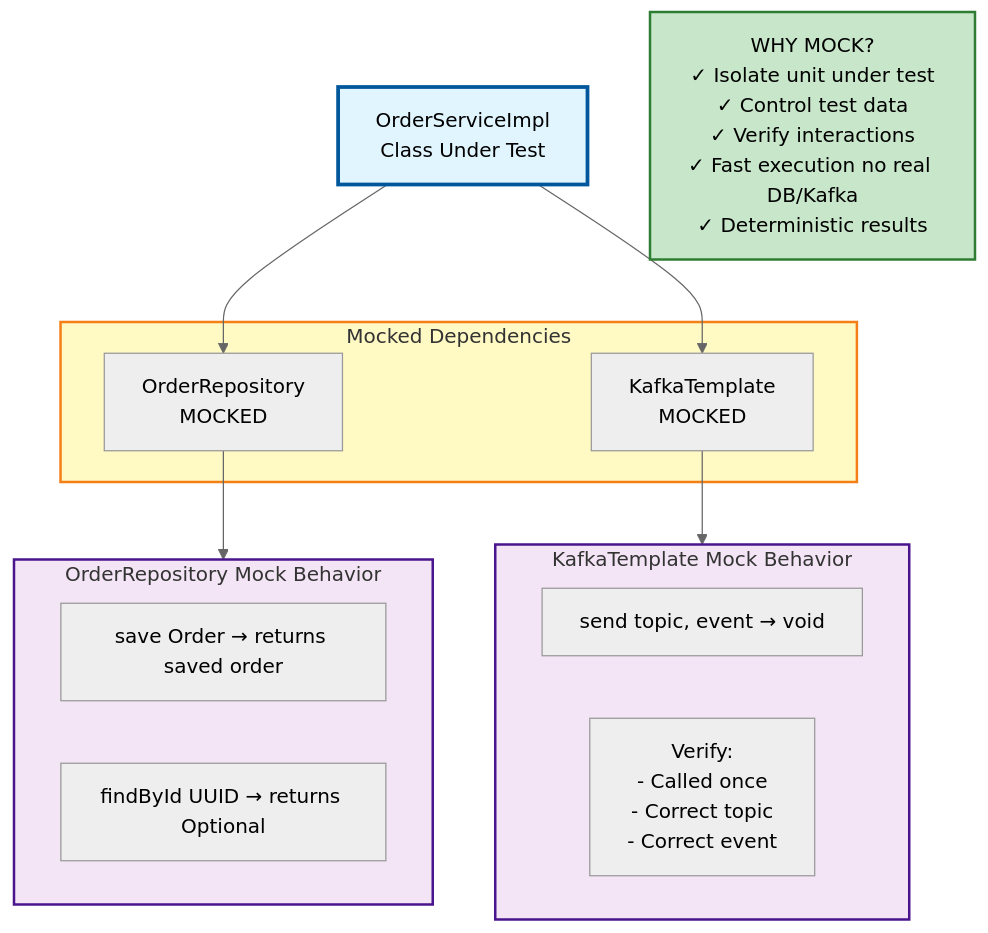
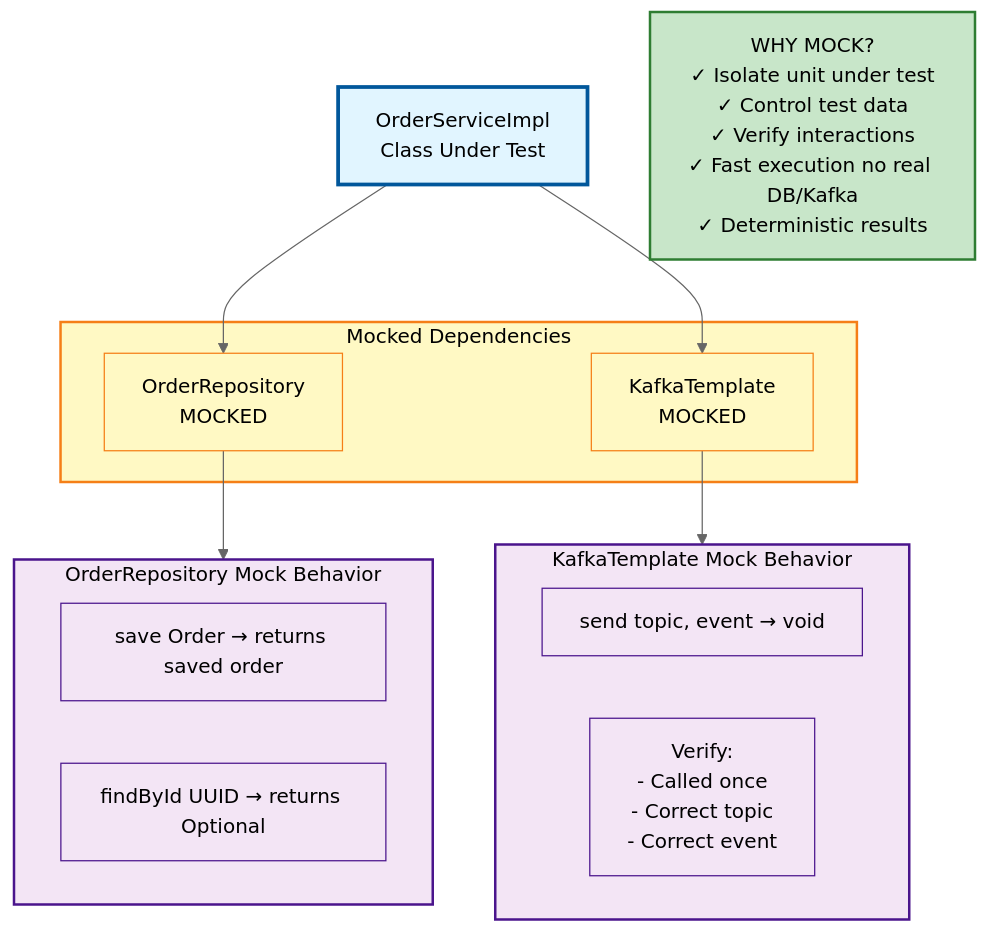
One commit to hagsmand/pcc-workshop-micro-service changed the fourth of 8 diagrams in UNITTEST_WORKSHOP_DIAGRAM.md. Above: the diagram before and after it, drawn with Mermaid (neutral theme). The commit also changed other lines of this file, not shown here.

````diff
--- a/UNITTEST_WORKSHOP_DIAGRAM.md
+++ b/UNITTEST_WORKSHOP_DIAGRAM.md
@@ -85,32 +99,38 @@
 ```mermaid
 graph TD
     SUT[OrderServiceImpl<br/>Class Under Test]
     
     subgraph Mocks["Mocked Dependencies"]
         Repo[OrderRepository<br/>MOCKED]
         Kafka[KafkaTemplate<br/>MOCKED]
     end
     
     subgraph RepoBehavior["OrderRepository Mock Behavior"]
         R1[save Order → returns saved order]
         R2[findById UUID → returns Optional]
     end
     
     subgraph KafkaBehavior["KafkaTemplate Mock Behavior"]
         K1[send topic, event → void]
         K2[Verify:<br/>- Called once<br/>- Correct topic<br/>- Correct event]
     end
     
     SUT --> Repo
     SUT --> Kafka
     Repo --> RepoBehavior
     Kafka --> KafkaBehavior
     
     Why[WHY MOCK?<br/>✓ Isolate unit under test<br/>✓ Control test data<br/>✓ Verify interactions<br/>✓ Fast execution no real DB/Kafka<br/>✓ Deterministic results]
     
-    style SUT fill:#e1f5ff,stroke:#01579b,stroke-width:3px
-    style Mocks fill:#fff9c4,stroke:#f57f17,stroke-width:2px
-    style RepoBehavior fill:#f3e5f5,stroke:#4a148c,stroke-width:2px
-    style KafkaBehavior fill:#f3e5f5,stroke:#4a148c,stroke-width:2px
-    style Why fill:#c8e6c9,stroke:#2e7d32,stroke-width:2px
+    style SUT fill:#e1f5ff,stroke:#01579b,stroke-width:3px,color:#000
+    style Mocks fill:#fff9c4,stroke:#f57f17,stroke-width:2px,color:#000
+    style RepoBehavior fill:#f3e5f5,stroke:#4a148c,stroke-width:2px,color:#000
+    style KafkaBehavior fill:#f3e5f5,stroke:#4a148c,stroke-width:2px,color:#000
+    style Why fill:#c8e6c9,stroke:#2e7d32,stroke-width:2px,color:#000
+    style Repo fill:#fff9c4,stroke:#f57f17,stroke-width:1px,color:#000
+    style Kafka fill:#fff9c4,stroke:#f57f17,stroke-width:1px,color:#000
+    style R1 fill:#f3e5f5,stroke:#4a148c,stroke-width:1px,color:#000
+    style R2 fill:#f3e5f5,stroke:#4a148c,stroke-width:1px,color:#000
+    style K1 fill:#f3e5f5,stroke:#4a148c,stroke-width:1px,color:#000
+    style K2 fill:#f3e5f5,stroke:#4a148c,stroke-width:1px,color:#000
 ```
````
